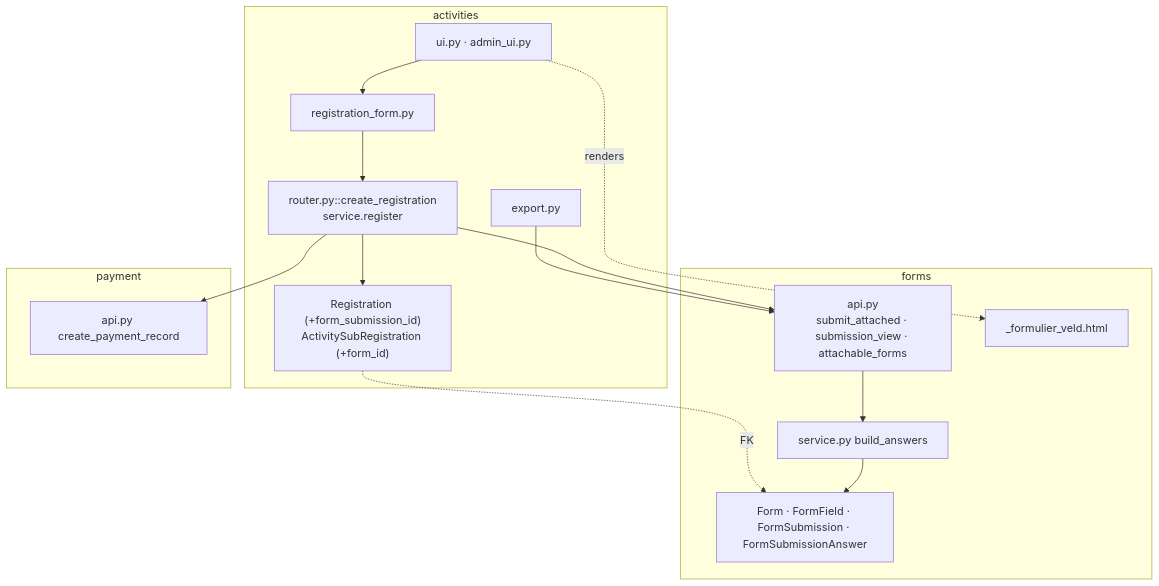
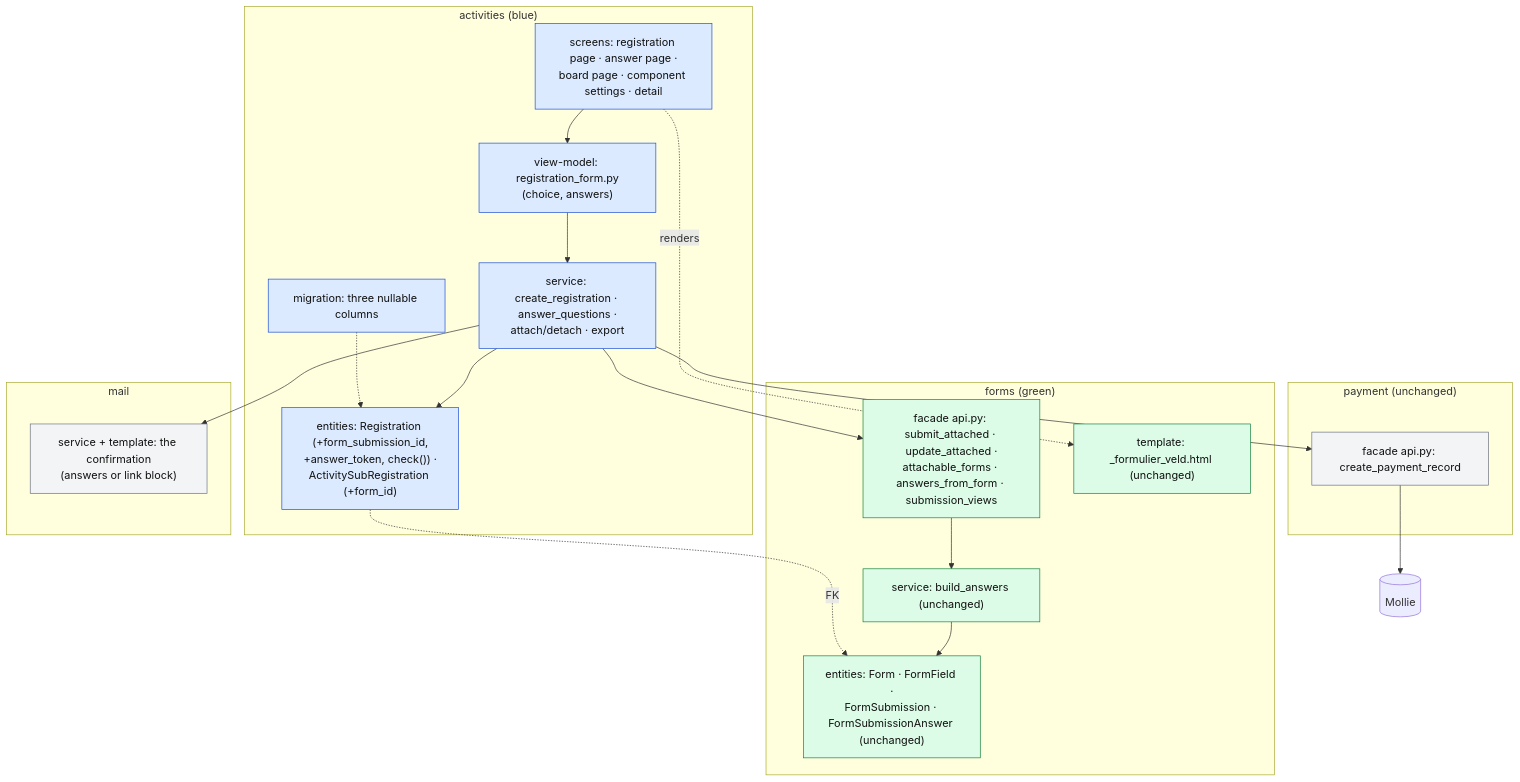
One commit to KoenRenders/KoenTest changed the fifth of 6 diagrams in docs/change_request_14_registration_questions.md. Above: the diagram before and after it, drawn with Mermaid. The commit also changed other lines of this file and 1 other file, not shown here.

First line of the commit message:
docs(cr-template, cr-14): B2.1 is the work list per team (module, layer, requirements), B2.2 the process with the serving module per step in two drawings coloured per module, B2.3 modules and layers (Koen, 29 September 2026)

````diff
--- a/docs/change_request_14_registration_questions.md
+++ b/docs/change_request_14_registration_questions.md
@@ -327,26 +369,38 @@
 ```mermaid
 flowchart TB
-  subgraph activities
-    UI["ui.py · admin_ui.py"]
-    RF["registration_form.py"]
-    SVC["router.py::create_registration<br/>service.register"]
-    M["Registration (+form_submission_id)<br/>ActivitySubRegistration (+form_id)"]
-    EX["export.py"]
+  subgraph activities["activities (blue)"]
+    A1["screens: registration page · answer page ·<br/>board page · component settings · detail"]
+    A2["view-model: registration_form.py<br/>(choice, answers)"]
+    A3["service: create_registration · answer_questions ·<br/>attach/detach · export"]
+    A4["entities: Registration (+form_submission_id,<br/>+answer_token, check()) ·<br/>ActivitySubRegistration (+form_id)"]
+    A5["migration: three nullable columns"]
+    A1 --> A2 --> A3 --> A4
+    A5 -.-> A4
   end
-  subgraph forms
-    FAPI["api.py<br/>submit_attached · submission_view · attachable_forms"]
-    FS["service.py build_answers"]
-    FM["Form · FormField · FormSubmission · FormSubmissionAnswer"]
-    FV["_formulier_veld.html"]
+  subgraph forms["forms (green)"]
+    F1["facade api.py: submit_attached · update_attached ·<br/>attachable_forms · answers_from_form · submission_views"]
+    F2["service: build_answers (unchanged)"]
+    F3["entities: Form · FormField ·<br/>FormSubmission · FormSubmissionAnswer (unchanged)"]
+    F4["template: _formulier_veld.html (unchanged)"]
+    F1 --> F2 --> F3
   end
-  subgraph payment
-    PAPI["api.py create_payment_record"]
+  subgraph payment["payment (unchanged)"]
+    P1["facade api.py: create_payment_record"]
   end
-  UI --> RF --> SVC
-  UI -. renders .-> FV
-  SVC --> FAPI --> FS --> FM
-  SVC --> PAPI
-  SVC --> M
-  EX --> FAPI
-  M -. FK .-> FM
+  subgraph mail["mail"]
+    M1["service + template: the confirmation<br/>(answers or link block)"]
+  end
+  MOL[(Mollie)]
+  A3 --> F1
+  A3 --> P1
+  A3 --> M1
+  A1 -. renders .-> F4
+  A4 -. FK .-> F3
+  P1 --> MOL
+  classDef act fill:#dbeafe,stroke:#1d4ed8,color:#111
+  classDef frm fill:#dcfce7,stroke:#15803d,color:#111
+  classDef oth fill:#f3f4f6,stroke:#6b7280,color:#111
+  class A1,A2,A3,A4,A5 act
+  class F1,F2,F3,F4 frm
+  class P1,M1 oth
 ```
````
